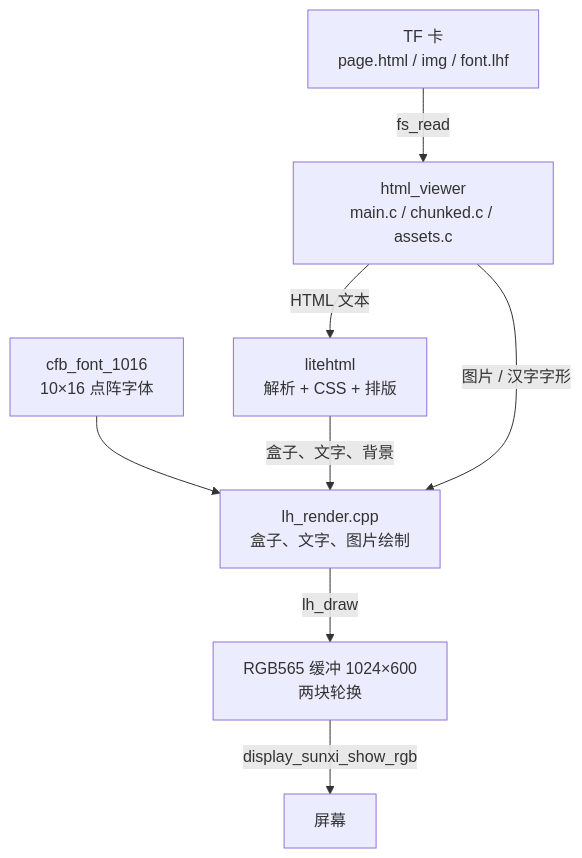
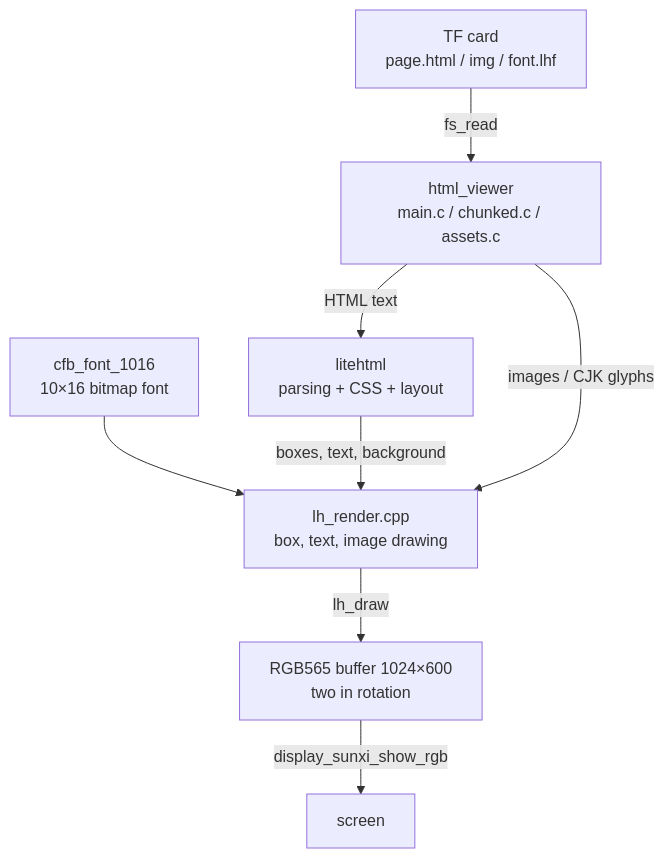
Before and after one commit to YuzukiHD/YuzukiNeko: the first of 2 diagrams in docs/src/content/docs/dev/zephyr/apps/html.md, drawn with Mermaid. The commit also changed other lines of this file and 216 other files, not shown here.

````diff
--- a/docs/src/content/docs/dev/zephyr/apps/html.md
+++ b/docs/src/content/docs/dev/zephyr/apps/html.md
@@ -9,10 +9,10 @@
 ```mermaid
 flowchart TB
-    SD["TF 卡<br/>page.html / img / font.lhf"] -->|"fs_read"| MAIN["html_viewer<br/>main.c / chunked.c / assets.c"]
-    MAIN -->|"HTML 文本"| LH["litehtml<br/>解析 + CSS + 排版"]
-    FONT["cfb_font_1016<br/>10×16 点阵字体"] --> CT["lh_render.cpp<br/>盒子、文字、图片绘制"]
-    LH -->|"盒子、文字、背景"| CT
-    MAIN -->|"图片 / 汉字字形"| CT
-    CT -->|"lh_draw"| FB["RGB565 缓冲 1024×600<br/>两块轮换"]
-    FB -->|"display_sunxi_show_rgb"| PANEL["屏幕"]
+    SD["TF card<br/>page.html / img / font.lhf"] -->|"fs_read"| MAIN["html_viewer<br/>main.c / chunked.c / assets.c"]
+    MAIN -->|"HTML text"| LH["litehtml<br/>parsing + CSS + layout"]
+    FONT["cfb_font_1016<br/>10×16 bitmap font"] --> CT["lh_render.cpp<br/>box, text, image drawing"]
+    LH -->|"boxes, text, background"| CT
+    MAIN -->|"images / CJK glyphs"| CT
+    CT -->|"lh_draw"| FB["RGB565 buffer 1024×600<br/>two in rotation"]
+    FB -->|"display_sunxi_show_rgb"| PANEL["screen"]
 ```
````
